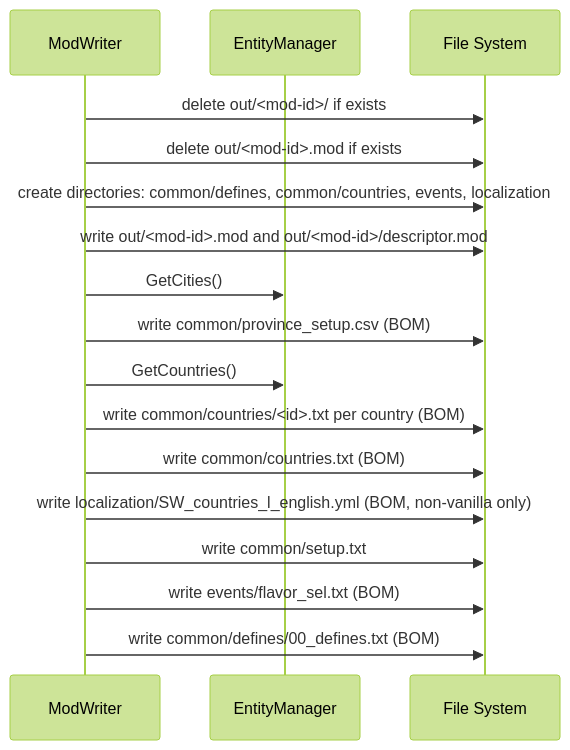
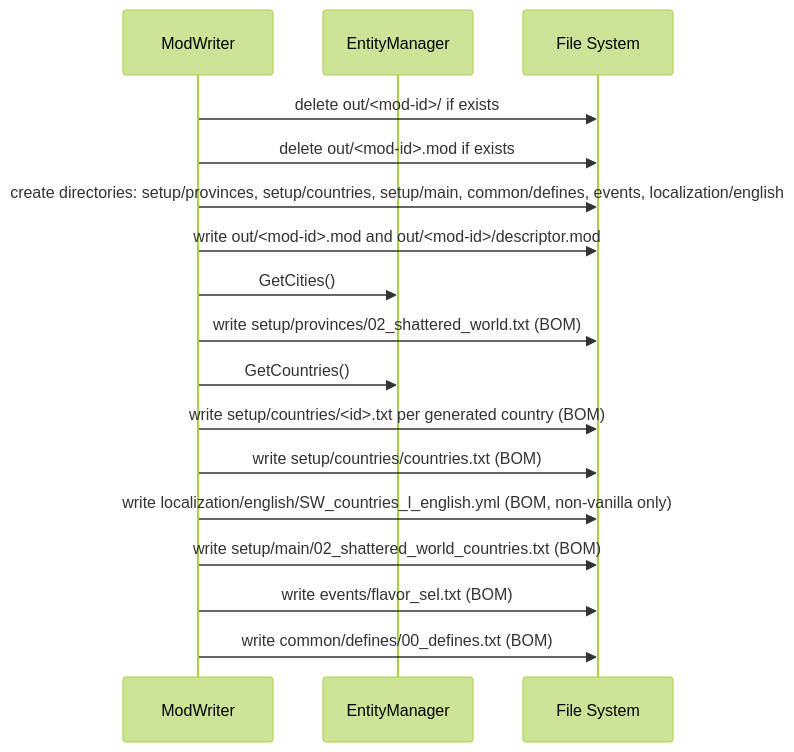
Before and after one commit to hmlendea/imperator-shattered-world-generator: the diagram in docs/flows/mod-emission-flow.md, drawn with Mermaid (forest theme). The commit also changed other lines of this file and 30 other files, not shown here.

````diff
--- a/docs/flows/mod-emission-flow.md
+++ b/docs/flows/mod-emission-flow.md
@@ -9,20 +9,20 @@
 ```mermaid
 sequenceDiagram
     participant W as ModWriter
     participant M as EntityManager
     participant FS as File System
 
     W->>FS: delete out/<mod-id>/ if exists
     W->>FS: delete out/<mod-id>.mod if exists
-    W->>FS: create directories: common/defines, common/countries, events, localization
+    W->>FS: create directories: setup/provinces, setup/countries, setup/main, common/defines, events, localization/english
     W->>FS: write out/<mod-id>.mod and out/<mod-id>/descriptor.mod
     W->>M: GetCities()
-    W->>FS: write common/province_setup.csv (BOM)
+    W->>FS: write setup/provinces/02_shattered_world.txt (BOM)
     W->>M: GetCountries()
-    W->>FS: write common/countries/<id>.txt per country (BOM)
-    W->>FS: write common/countries.txt (BOM)
-    W->>FS: write localization/SW_countries_l_english.yml (BOM, non-vanilla only)
-    W->>FS: write common/setup.txt
+    W->>FS: write setup/countries/<id>.txt per generated country (BOM)
+    W->>FS: write setup/countries/countries.txt (BOM)
+    W->>FS: write localization/english/SW_countries_l_english.yml (BOM, non-vanilla only)
+    W->>FS: write setup/main/02_shattered_world_countries.txt (BOM)
     W->>FS: write events/flavor_sel.txt (BOM)
     W->>FS: write common/defines/00_defines.txt (BOM)
 ```
````
